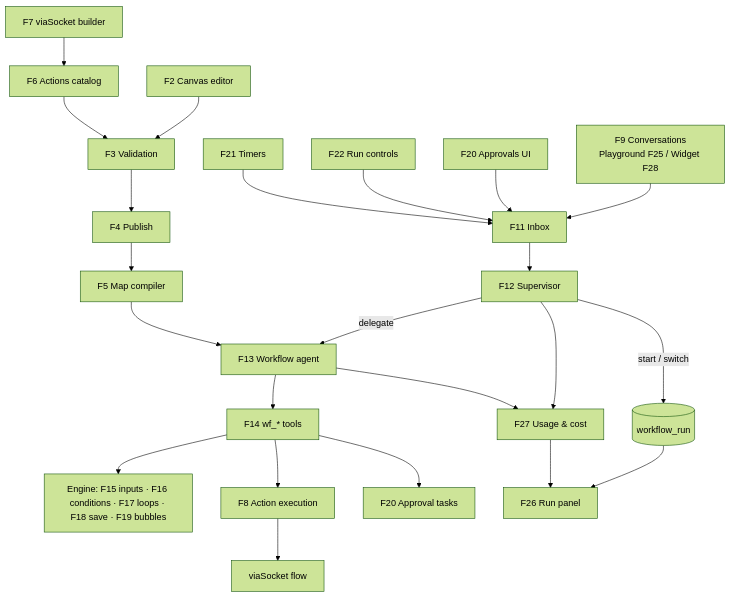
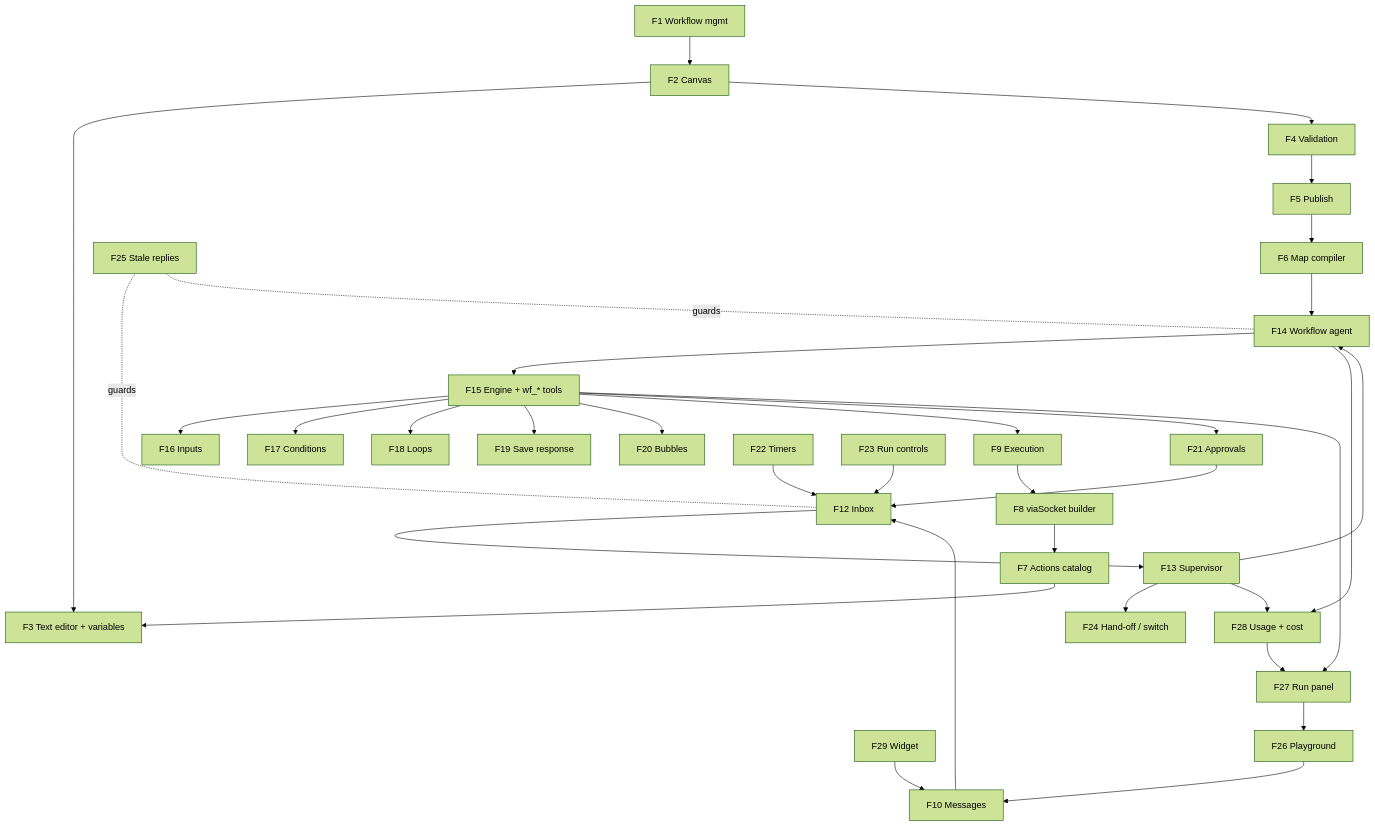
Before and after one commit to punit-walkover/workflow-poc-agentic: the second of 9 diagrams in docs/FUNCTIONAL_DOCUMENTATION.md, drawn with Mermaid (forest theme). The commit also changed other lines of this file and 3 other files, not shown here.

````diff
--- a/docs/FUNCTIONAL_DOCUMENTATION.md
+++ b/docs/FUNCTIONAL_DOCUMENTATION.md
@@ -229,27 +238,22 @@
 ```mermaid
 flowchart TB
-  Canvas[F2 Canvas editor] --> Validate[F3 Validation]
-  Validate --> Publish[F4 Publish]
-  Publish --> Map[F5 Map compiler]
-  Actions[F6 Actions catalog] --> Validate
-  VSBuilder[F7 viaSocket builder] --> Actions
-
-  Chat[F9 Conversations<br/>Playground F25 / Widget F28] --> Inbox[F11 Inbox]
-  ApprovalsUI[F20 Approvals UI] --> Inbox
-  Controls[F22 Run controls] --> Inbox
-  Sweeper[F21 Timers] --> Inbox
-
-  Inbox --> Sup[F12 Supervisor]
-  Sup -->|start / switch| Runs[(workflow_run)]
-  Sup -->|delegate| WfAgent[F13 Workflow agent]
-  Map --> WfAgent
-  WfAgent --> Tools[F14 wf_* tools]
-  Tools --> Engine[Engine: F15 inputs · F16 conditions · F17 loops · F18 save · F19 bubbles]
-  Tools --> Exec[F8 Action execution]
-  Tools --> Appr[F20 Approval tasks]
-  Exec --> VS[viaSocket flow]
-  Sup --> Cost[F27 Usage & cost]
-  WfAgent --> Cost
-  Runs --> Panel[F26 Run panel]
-  Cost --> Panel
+  F1[F1 Workflow mgmt] --> F2[F2 Canvas] --> F3[F3 Text editor + variables]
+  F2 --> F4[F4 Validation] --> F5[F5 Publish]
+  F7[F7 Actions catalog] --> F3
+  F8[F8 viaSocket builder] --> F7
+  F5 --> F6[F6 Map compiler] --> F14[F14 Workflow agent]
+  F10[F10 Messages] --> F12[F12 Inbox]
+  F29[F29 Widget] --> F10
+  F26[F26 Playground] --> F10
+  F12 --> F13[F13 Supervisor] --> F14
+  F13 --> F24[F24 Hand-off / switch]
+  F14 --> F15[F15 Engine + wf_* tools]
+  F15 --> F16[F16 Inputs] & F17[F17 Conditions] & F18[F18 Loops] & F19[F19 Save response] & F20[F20 Bubbles]
+  F15 --> F9[F9 Execution] --> F8
+  F15 --> F21[F21 Approvals] --> F12
+  F22[F22 Timers] --> F12
+  F23[F23 Run controls] --> F12
+  F13 & F14 --> F28[F28 Usage + cost]
+  F15 & F28 --> F27[F27 Run panel] --> F26
+  F25[F25 Stale replies] -. guards .- F12 & F14
 ```
````
